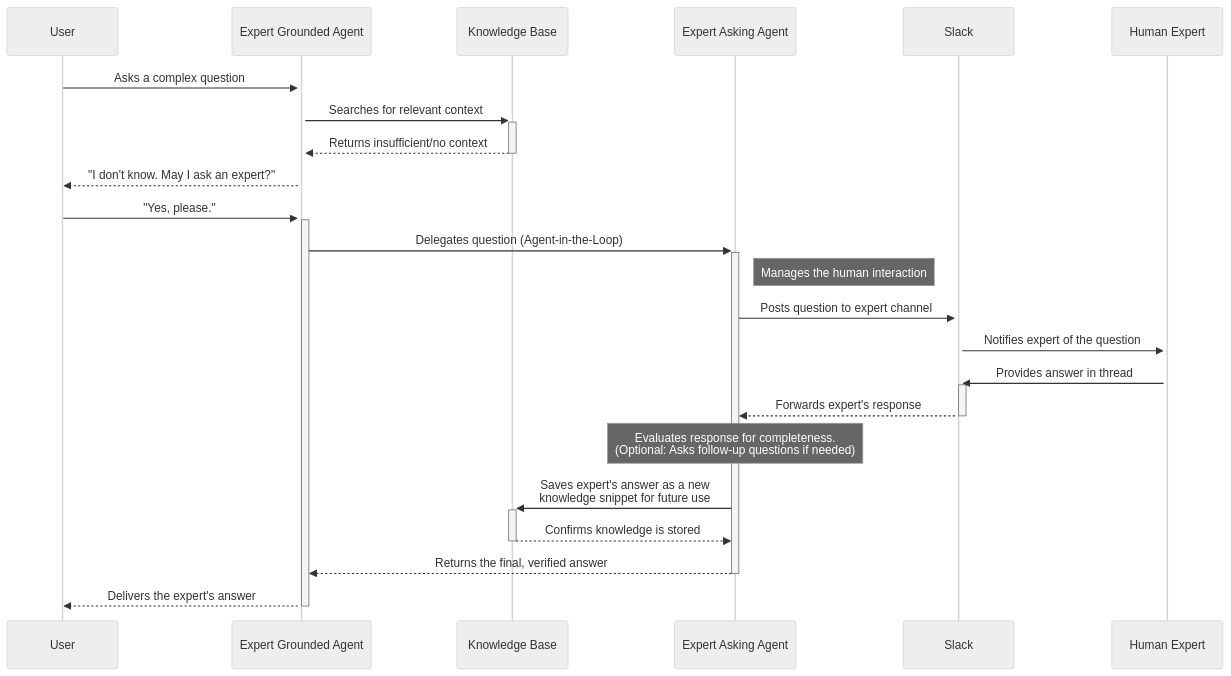
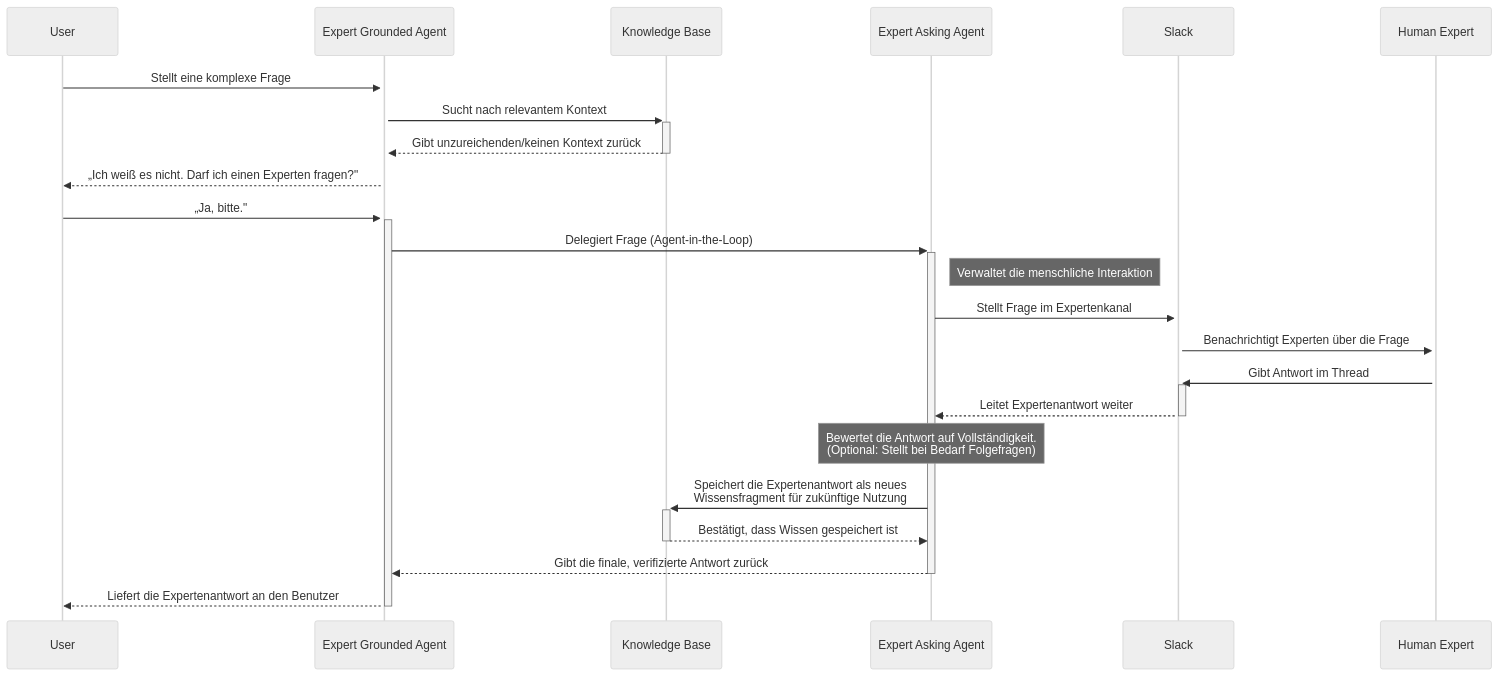
One commit to bbvch-ai/aihub-core changed the diagram in aihub_doc/docs/2_platform/5_agents/3_expert_asking_agent/index.de.md. Above: the diagram before and after it, drawn with Mermaid (neutral theme). The commit also changed other lines of this file and 34 other files, not shown here.

````diff
--- a/aihub_doc/docs/2_platform/5_agents/3_expert_asking_agent/index.de.md
+++ b/aihub_doc/docs/2_platform/5_agents/3_expert_asking_agent/index.de.md
@@ -47,33 +25,33 @@
 ```mermaid
 sequenceDiagram
     participant User
     participant GroundedAgent as Expert Grounded Agent
     participant KnowledgeBase as Knowledge Base
     participant AskingAgent as Expert Asking Agent
     participant Slack
     participant HumanExpert as Human Expert
 
-    User->>+GroundedAgent: Asks a complex question
-    GroundedAgent->>+KnowledgeBase: Searches for relevant context
-    KnowledgeBase-->>-GroundedAgent: Returns insufficient/no context
+    User->>+GroundedAgent: Stellt eine komplexe Frage
+    GroundedAgent->>+KnowledgeBase: Sucht nach relevantem Kontext
+    KnowledgeBase-->>-GroundedAgent: Gibt unzureichenden/keinen Kontext zurück
     
-    GroundedAgent-->>User: "I don't know. May I ask an expert?"
-    User->>+GroundedAgent: "Yes, please."
+    GroundedAgent-->>User: „Ich weiß es nicht. Darf ich einen Experten fragen?"
+    User->>+GroundedAgent: „Ja, bitte."
     
-    GroundedAgent->>+AskingAgent: Delegates question (Agent-in-the-Loop)
-    Note right of AskingAgent: Manages the human interaction
+    GroundedAgent->>+AskingAgent: Delegiert Frage (Agent-in-the-Loop)
+    Note right of AskingAgent: Verwaltet die menschliche Interaktion
     
-    AskingAgent->>+Slack: Posts question to expert channel
-    Slack->>+HumanExpert: Notifies expert of the question
+    AskingAgent->>+Slack: Stellt Frage im Expertenkanal
+    Slack->>+HumanExpert: Benachrichtigt Experten über die Frage
     
-    HumanExpert->>+Slack: Provides answer in thread
-    Slack-->>-AskingAgent: Forwards expert's response
+    HumanExpert->>+Slack: Gibt Antwort im Thread
+    Slack-->>-AskingAgent: Leitet Expertenantwort weiter
     
-    Note over AskingAgent: Evaluates response for completeness.<br/>(Optional: Asks follow-up questions if needed)
+    Note over AskingAgent: Bewertet die Antwort auf Vollständigkeit.<br/>(Optional: Stellt bei Bedarf Folgefragen)
 
-    AskingAgent->>+KnowledgeBase: Saves expert's answer as a new<br/>knowledge snippet for future use
-    KnowledgeBase-->>-AskingAgent: Confirms knowledge is stored
+    AskingAgent->>+KnowledgeBase: Speichert die Expertenantwort als neues<br/>Wissensfragment für zukünftige Nutzung
+    KnowledgeBase-->>-AskingAgent: Bestätigt, dass Wissen gespeichert ist
     
-    AskingAgent-->>-GroundedAgent: Returns the final, verified answer
-    GroundedAgent-->>-User: Delivers the expert's answer
+    AskingAgent-->>-GroundedAgent: Gibt die finale, verifizierte Antwort zurück
+    GroundedAgent-->>-User: Liefert die Expertenantwort an den Benutzer
 ```
````
